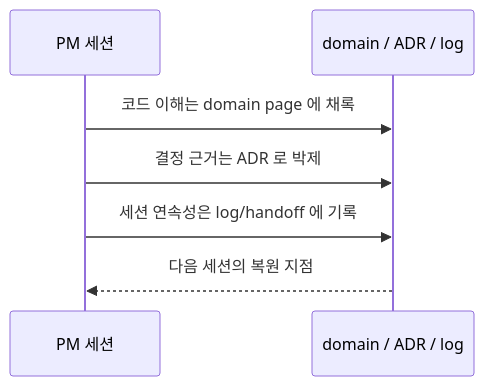
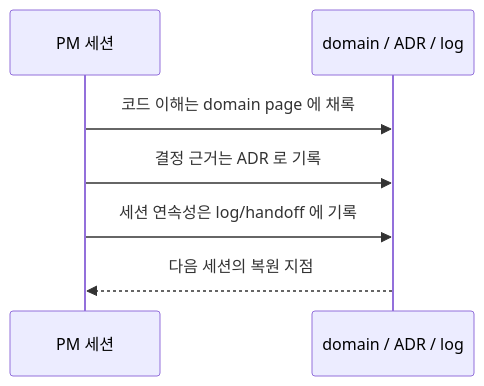
The eighth of 12 diagrams in README.md (sumin-ahn/project_manager), drawn with Mermaid before and after one commit. The commit also changed other lines of this file and 267 other files, not shown here.

````diff
--- a/README.md
+++ b/README.md
@@ -278,9 +278,9 @@
 ```mermaid
 sequenceDiagram
     participant PM as PM 세션
     participant Wiki as domain / ADR / log
     PM->>Wiki: 코드 이해는 domain page 에 채록
-    PM->>Wiki: 결정 근거는 ADR 로 박제
+    PM->>Wiki: 결정 근거는 ADR 로 기록
     PM->>Wiki: 세션 연속성은 log/handoff 에 기록
     Wiki-->>PM: 다음 세션의 복원 지점
 ```
````
